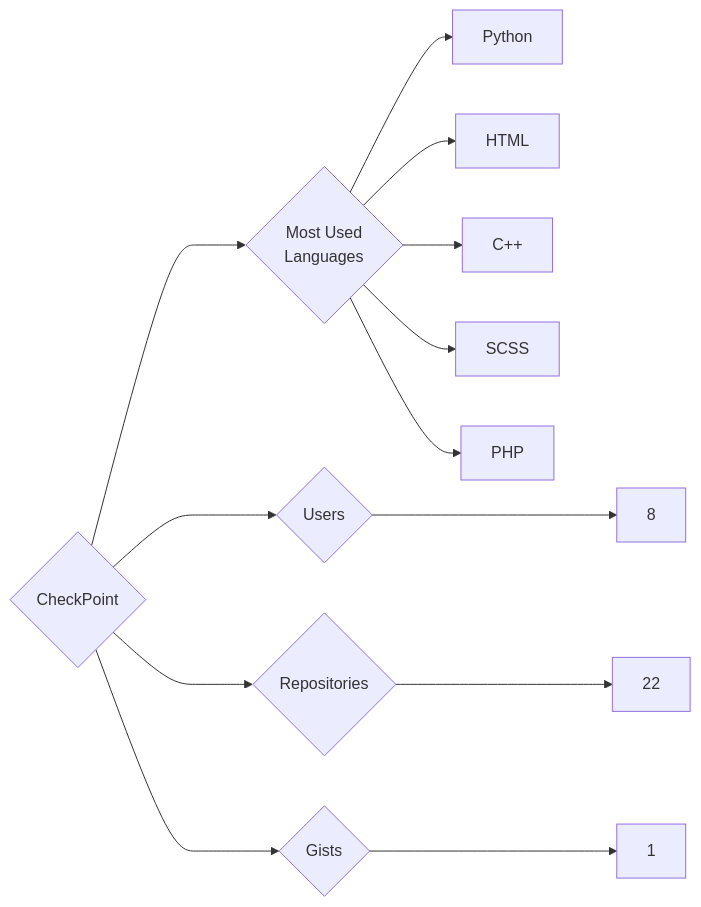
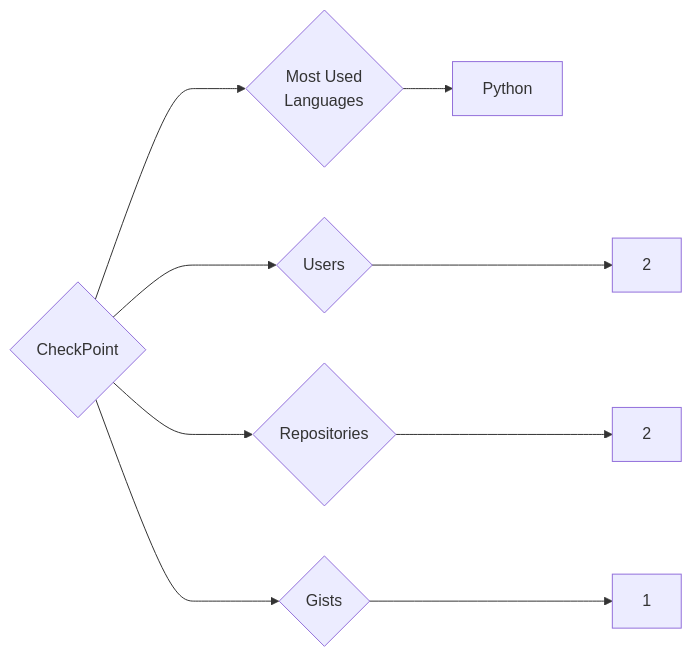
The diagram in targets/CheckPoint/README.md (trickest/insiders), drawn with Mermaid before and after one commit. The commit also changed 776 other files, not shown here.

````diff
--- a/targets/CheckPoint/README.md
+++ b/targets/CheckPoint/README.md
@@ -3,13 +3,9 @@
 ```mermaid
 graph LR
 COMPANY_NAME{CheckPoint}
-COMPANY_NAME ---> U{Users} ---> UN[8]
-COMPANY_NAME ---> R{Repositories} ---> RN[22]
+COMPANY_NAME ---> U{Users} ---> UN[2]
+COMPANY_NAME ---> R{Repositories} ---> RN[2]
 COMPANY_NAME ---> G{Gists} ---> GN[1]
 COMPANY_NAME ---> ML{Most Used<br>Languages}
 ML --> Python[Python]
-ML --> HTML[HTML]
-ML --> C++[C++]
-ML --> SCSS[SCSS]
-ML --> PHP[PHP]
 ```
````
